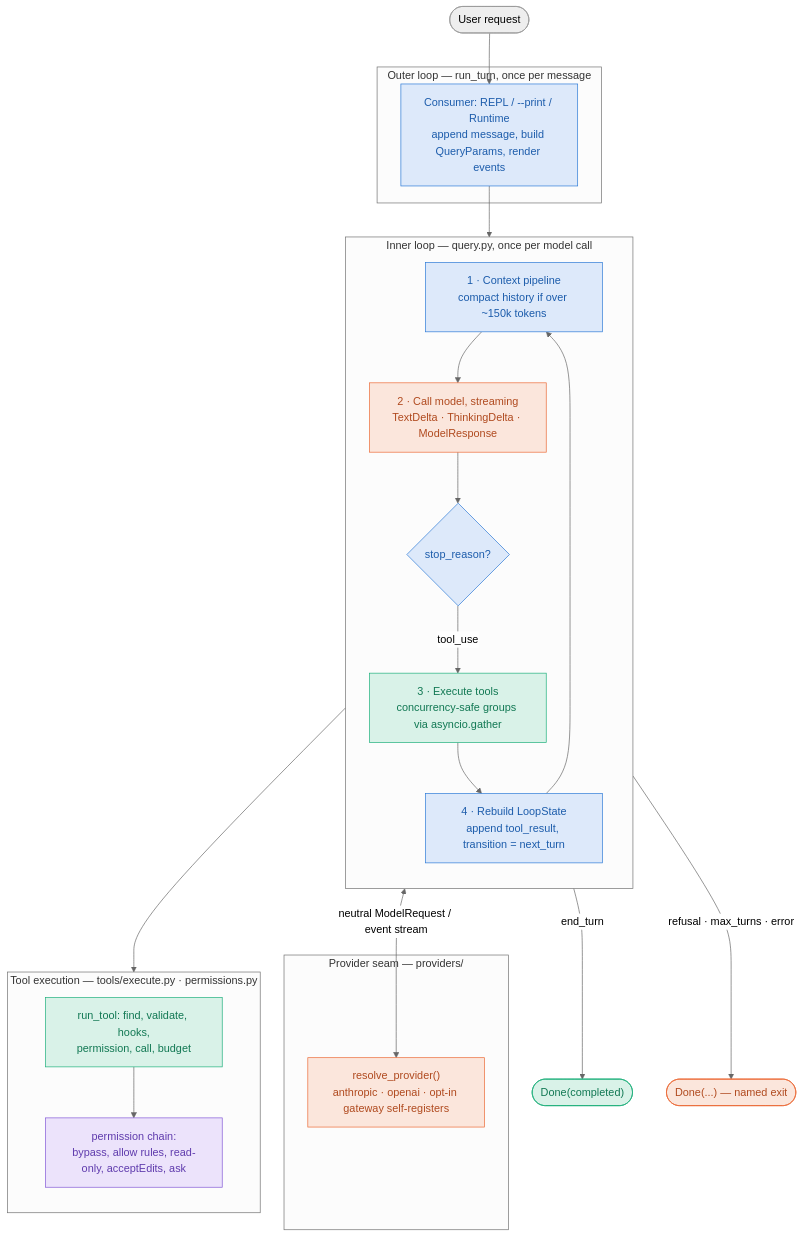
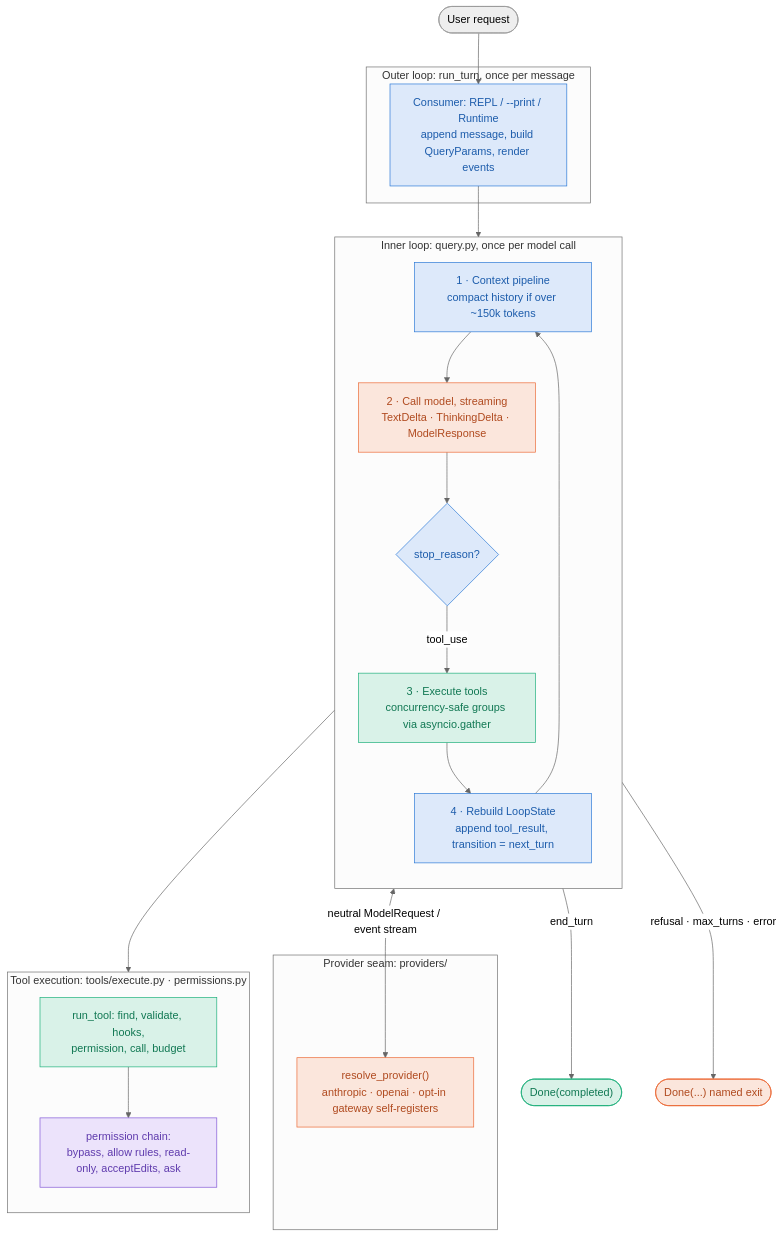
The diagram in README.md (badlogicmanpreet/tinyorbit), drawn with Mermaid (neutral theme) before and after one commit. The commit also changed other lines of this file and 3 other files, not shown here.

First line of the commit message:
docs: add logo, drop em/en dashes from README, notes, architecture

````diff
--- a/README.md
+++ b/README.md
@@ -49,45 +51,45 @@
 ```mermaid
 flowchart TB
   classDef harness fill:#dde9fa,stroke:#2a78d6,color:#1c5cab;
   classDef model fill:#fbe6dc,stroke:#eb6834,color:#b04a1f;
   classDef tool fill:#d9f2e8,stroke:#1baf7a,color:#117853;
   classDef state fill:#ece3fb,stroke:#8156d6,color:#5f3bad;
 
   U(["User request"]) --> RT
 
-  subgraph OUTER["Outer loop — run_turn, once per message"]
+  subgraph OUTER["Outer loop: run_turn, once per message"]
     RT["Consumer: REPL / --print / Runtime<br/>append message, build QueryParams, render events"]:::harness
   end
 
   RT --> COMPACT
 
-  subgraph INNER["Inner loop — query.py, once per model call"]
+  subgraph INNER["Inner loop: query.py, once per model call"]
     direction TB
     COMPACT["1 · Context pipeline<br/>compact history if over ~150k tokens"]:::harness
     CALL["2 · Call model, streaming<br/>TextDelta · ThinkingDelta · ModelResponse"]:::model
     DECIDE{"stop_reason?"}:::harness
     EXEC["3 · Execute tools<br/>concurrency-safe groups via asyncio.gather"]:::tool
     REBUILD["4 · Rebuild LoopState<br/>append tool_result, transition = next_turn"]:::harness
     COMPACT --> CALL --> DECIDE
     DECIDE -->|tool_use| EXEC --> REBUILD --> COMPACT
   end
 
   DECIDE -->|end_turn| DONE(["Done(completed)"])
-  DECIDE -->|refusal · max_turns · error| STOP(["Done(...) — named exit"])
+  DECIDE -->|refusal · max_turns · error| STOP(["Done(...) named exit"])
   class DONE tool
   class STOP model
 
   CALL <-->|neutral ModelRequest / event stream| PROV
   EXEC --> PIPE
 
-  subgraph SEAM["Provider seam — providers/"]
+  subgraph SEAM["Provider seam: providers/"]
     PROV["resolve_provider()<br/>anthropic · openai · opt-in gateway self-registers"]:::model
   end
 
-  subgraph TOOLS["Tool execution — tools/execute.py · permissions.py"]
+  subgraph TOOLS["Tool execution: tools/execute.py · permissions.py"]
     direction TB
     PIPE["run_tool: find, validate, hooks,<br/>permission, call, budget"]:::tool
     PERM["permission chain:<br/>bypass, allow rules, read-only, acceptEdits, ask"]:::state
     PIPE --> PERM
   end
 ```
````
